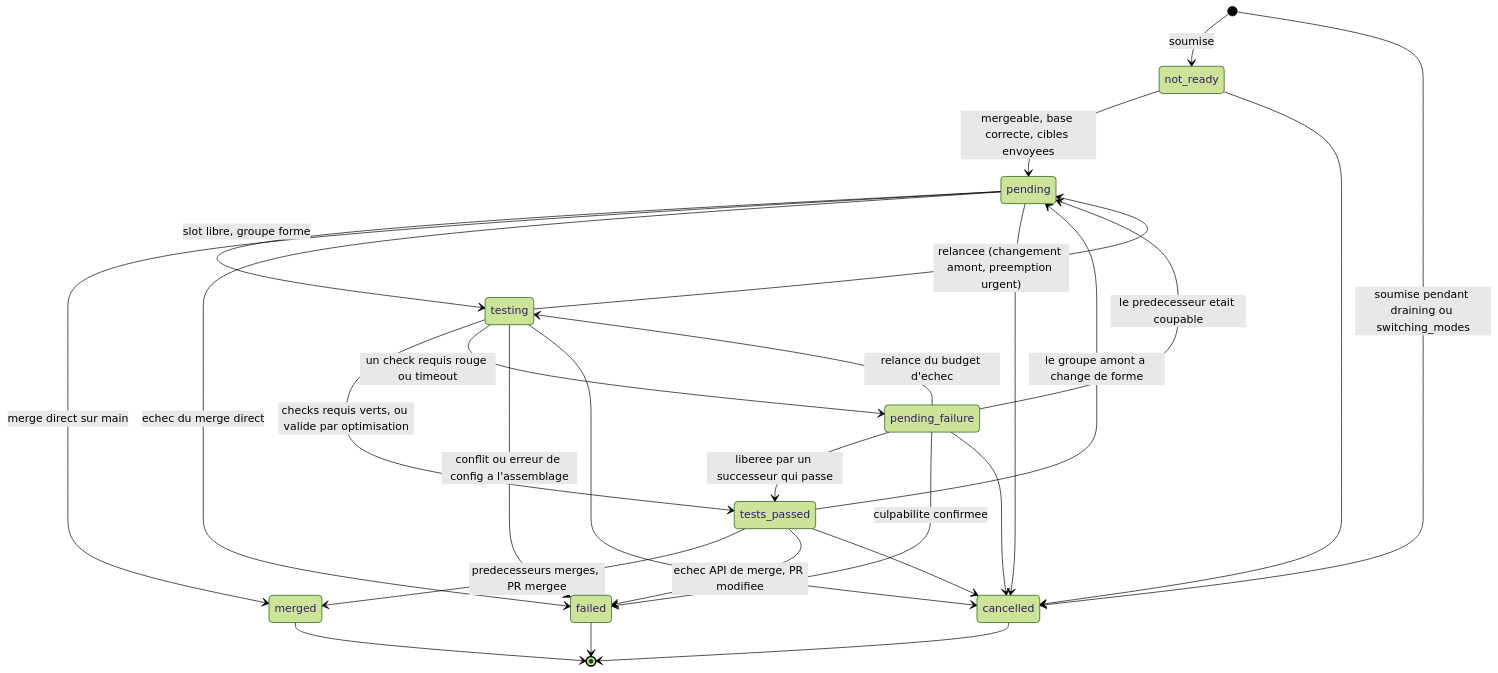
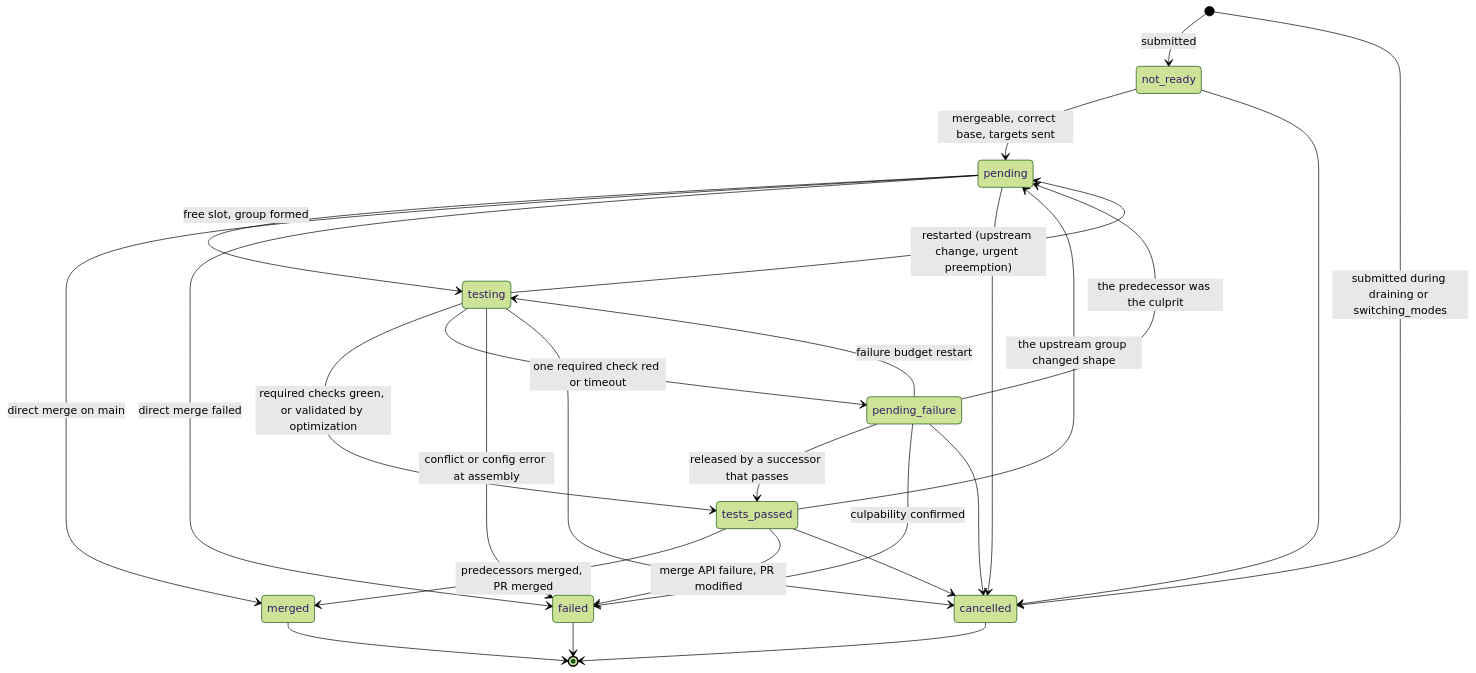
The diagram in docs/DOMAIN.md (getcihub/cihub), drawn with Mermaid (forest theme) before and after one commit. The commit also changed other lines of this file and 131 other files, not shown here.

Commit message:
chore: improve agentic flow

````diff
--- a/docs/DOMAIN.md
+++ b/docs/DOMAIN.md
@@ -62,28 +59,28 @@
 ```mermaid
 stateDiagram-v2
-  [*] --> not_ready: soumise
-  [*] --> cancelled: soumise pendant draining ou switching_modes
-  not_ready --> pending: mergeable, base correcte, cibles envoyees
-  pending --> testing: slot libre, groupe forme
-  pending --> merged: merge direct sur main
-  pending --> failed: echec du merge direct
-  testing --> tests_passed: checks requis verts, ou valide par optimisation
-  testing --> pending_failure: un check requis rouge ou timeout
-  testing --> failed: conflit ou erreur de config a l'assemblage
-  testing --> pending: relancee (changement amont, preemption urgent)
-  pending_failure --> pending: le predecesseur etait coupable
-  pending_failure --> testing: relance du budget d'echec
-  pending_failure --> tests_passed: liberee par un successeur qui passe
-  pending_failure --> failed: culpabilite confirmee
-  tests_passed --> merged: predecesseurs merges, PR mergee
-  tests_passed --> pending: le groupe amont a change de forme
-  tests_passed --> failed: echec API de merge, PR modifiee
+  [*] --> not_ready: submitted
+  [*] --> cancelled: submitted during draining or switching_modes
+  not_ready --> pending: mergeable, correct base, targets sent
+  pending --> testing: free slot, group formed
+  pending --> merged: direct merge on main
+  pending --> failed: direct merge failed
+  testing --> tests_passed: required checks green, or validated by optimization
+  testing --> pending_failure: one required check red or timeout
+  testing --> failed: conflict or config error at assembly
+  testing --> pending: restarted (upstream change, urgent preemption)
+  pending_failure --> pending: the predecessor was the culprit
+  pending_failure --> testing: failure budget restart
+  pending_failure --> tests_passed: released by a successor that passes
+  pending_failure --> failed: culpability confirmed
+  tests_passed --> merged: predecessors merged, PR merged
+  tests_passed --> pending: the upstream group changed shape
+  tests_passed --> failed: merge API failure, PR modified
   not_ready --> cancelled
   pending --> cancelled
   testing --> cancelled
   pending_failure --> cancelled
   tests_passed --> cancelled
   merged --> [*]
   failed --> [*]
   cancelled --> [*]
 ```
````
